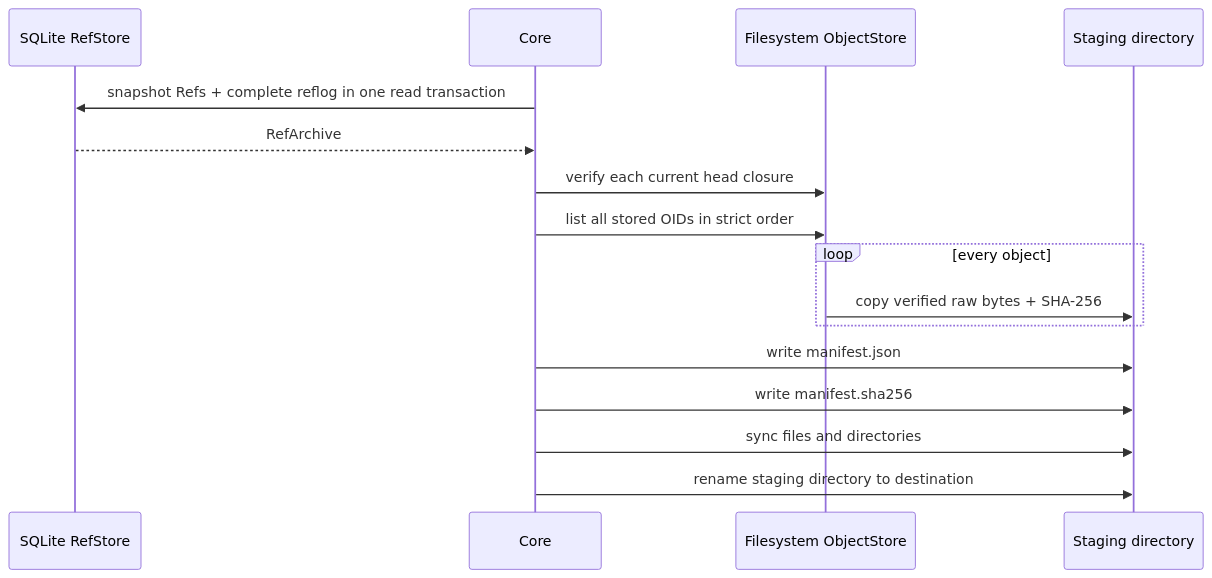
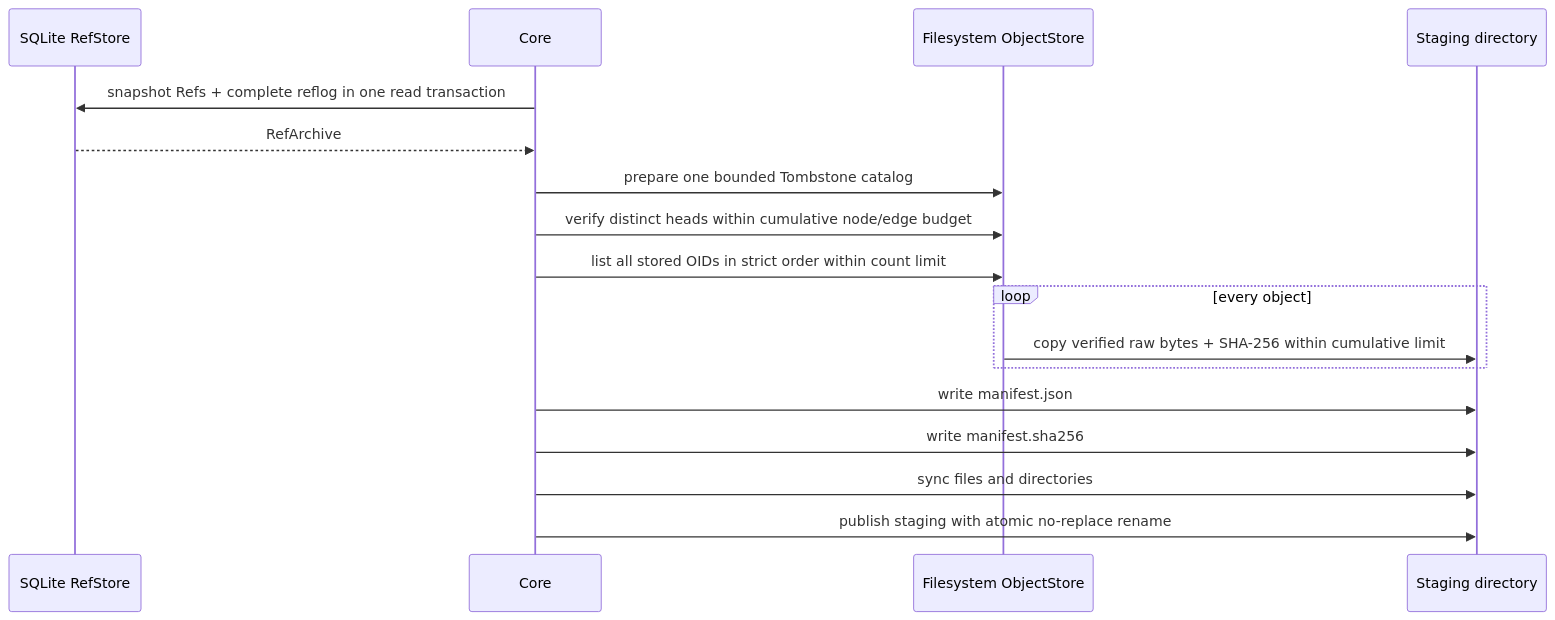
Before and after one commit to howlrs/synapsegit: the first of 2 diagrams in spec/core/v0.1/archive-profile.md, drawn with Mermaid. The commit also changed other lines of this file and 19 other files, not shown here.

````diff
--- a/spec/core/v0.1/archive-profile.md
+++ b/spec/core/v0.1/archive-profile.md
@@ -46,19 +46,20 @@
 ```mermaid
 sequenceDiagram
     participant Ref as SQLite RefStore
     participant Core
     participant CAS as Filesystem ObjectStore
     participant Dir as Staging directory
 
     Core->>Ref: snapshot Refs + complete reflog in one read transaction
     Ref-->>Core: RefArchive
-    Core->>CAS: verify each current head closure
-    Core->>CAS: list all stored OIDs in strict order
+    Core->>CAS: prepare one bounded Tombstone catalog
+    Core->>CAS: verify distinct heads within cumulative node/edge budget
+    Core->>CAS: list all stored OIDs in strict order within count limit
     loop every object
-        CAS->>Dir: copy verified raw bytes + SHA-256
+        CAS->>Dir: copy verified raw bytes + SHA-256 within cumulative limit
     end
     Core->>Dir: write manifest.json
     Core->>Dir: write manifest.sha256
     Core->>Dir: sync files and directories
-    Core->>Dir: rename staging directory to destination
+    Core->>Dir: publish staging with atomic no-replace rename
 ```
````
